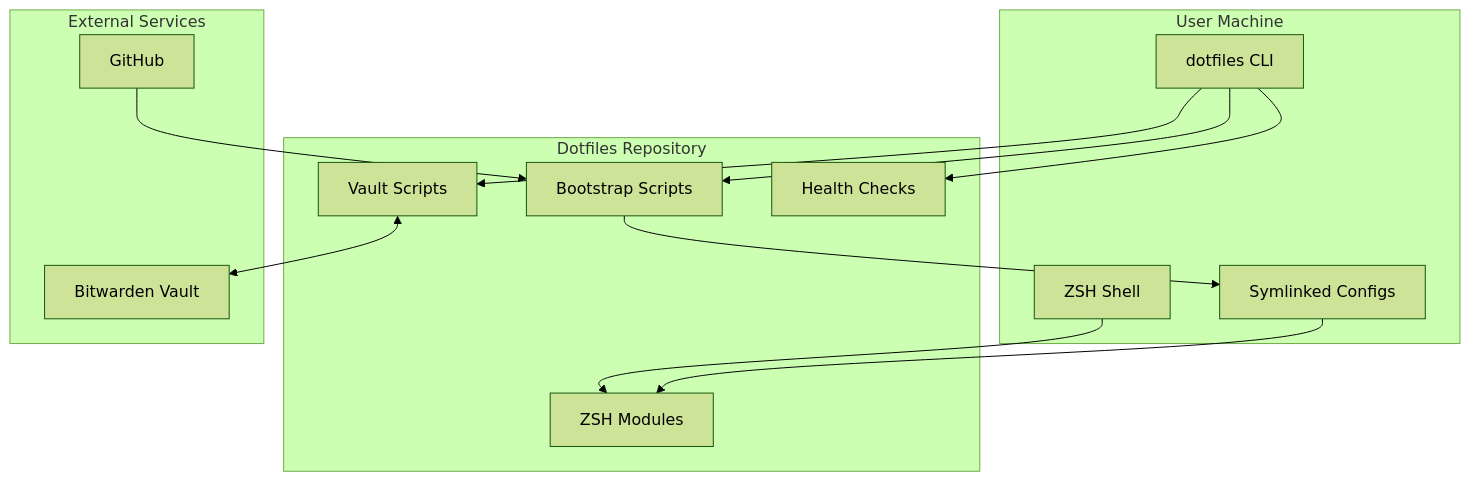
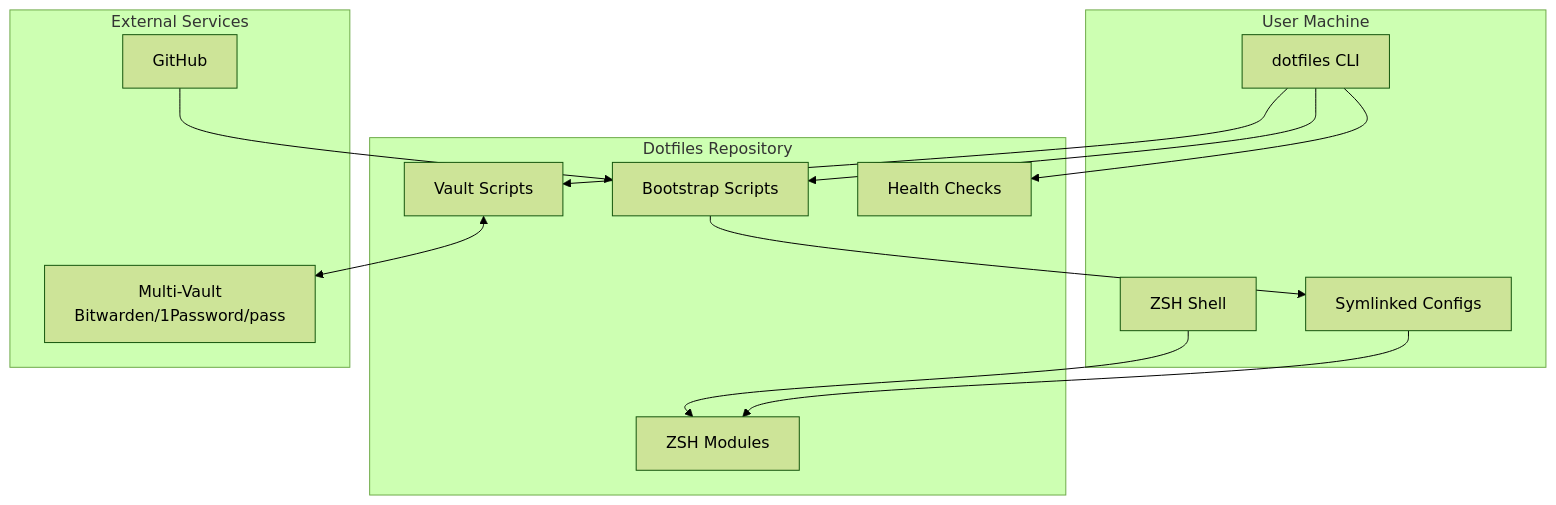
One commit to blackwell-systems/blackdot changed the first of 9 diagrams in docs/architecture.md. Above: the diagram before and after it, drawn with Mermaid (forest theme). The commit also changed other lines of this file and 3 other files, not shown here.

````diff
--- a/docs/architecture.md
+++ b/docs/architecture.md
@@ -7,30 +7,30 @@
 ```mermaid
 graph TB
     subgraph "User Machine"
         CLI[dotfiles CLI]
         ZSH[ZSH Shell]
         SYMLINKS[Symlinked Configs]
     end
 
     subgraph "Dotfiles Repository"
         BOOTSTRAP[Bootstrap Scripts]
-        VAULT[Vault Scripts]
+        VAULT_SCRIPTS[Vault Scripts]
         DOCTOR[Health Checks]
         ZSHD[ZSH Modules]
     end
 
     subgraph "External Services"
-        BW[Bitwarden Vault]
+        VAULT_BACKEND[Multi-Vault<br/>Bitwarden/1Password/pass]
         GH[GitHub]
     end
 
     CLI --> DOCTOR
-    CLI --> VAULT
+    CLI --> VAULT_SCRIPTS
     CLI --> BOOTSTRAP
     ZSH --> ZSHD
     SYMLINKS --> ZSHD
 
-    VAULT <--> BW
+    VAULT_SCRIPTS <--> VAULT_BACKEND
     BOOTSTRAP --> SYMLINKS
     GH --> BOOTSTRAP
 ```
````
